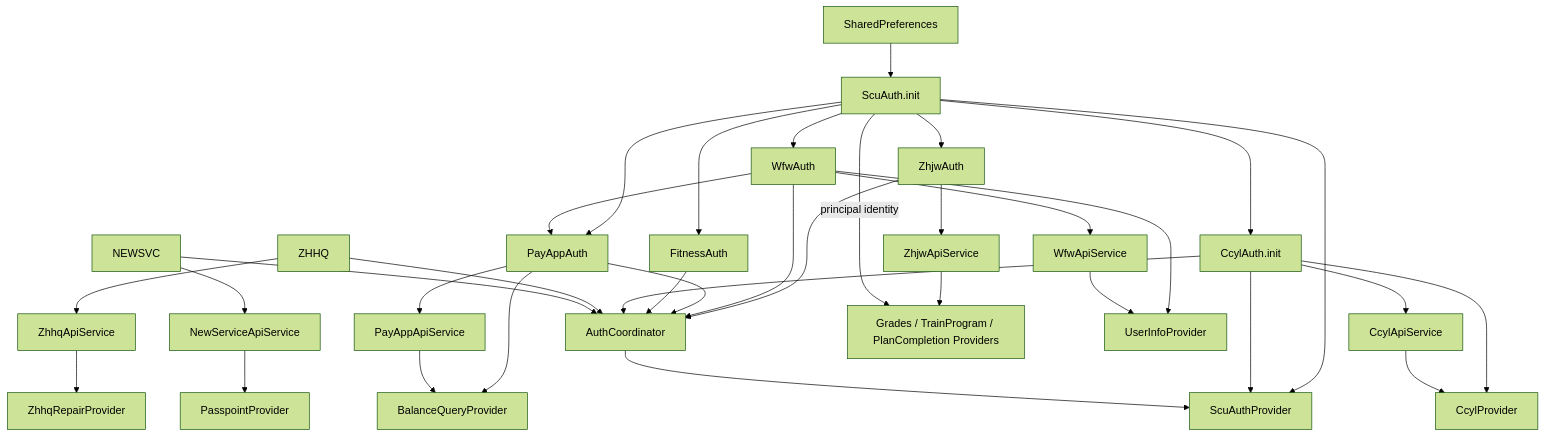
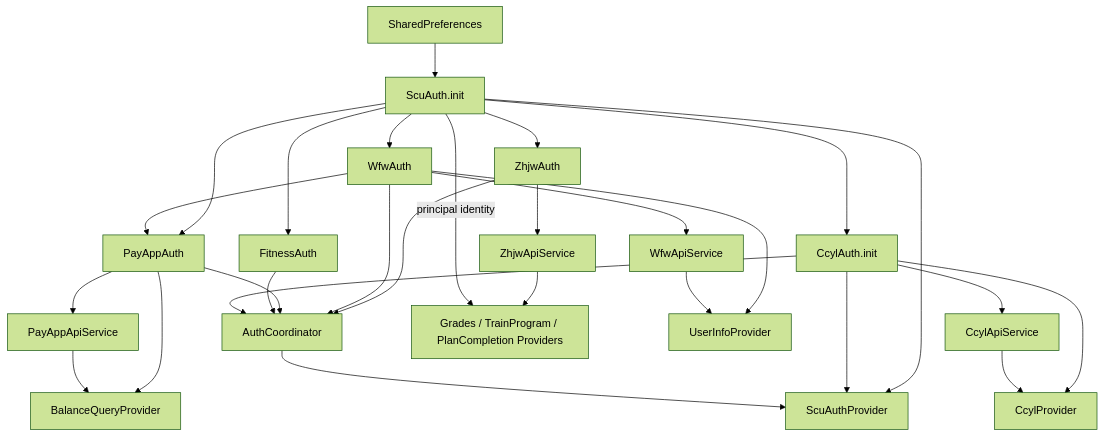
Before and after one commit to The-Brotherhood-of-SCU/Bugaoshan_docs_page: the fifth of 5 diagrams in docs/develop/architecture/authentication.md, drawn with Mermaid (forest theme). The commit also changed other lines of this file and 33 other files, not shown here.

````diff
--- a/docs/develop/architecture/authentication.md
+++ b/docs/develop/architecture/authentication.md
@@ -553,36 +520,30 @@
 ```mermaid
 flowchart TD
     PREFS[SharedPreferences] --> SCU[ScuAuth.init]
     SCU --> ZHJW[ZhjwAuth]
     SCU --> WFW[WfwAuth]
     SCU --> FITNESS[FitnessAuth]
     SCU --> CCYL[CcylAuth.init]
     SCU --> PAYAPP[PayAppAuth]
     WFW --> PAYAPP
     ZHJW --> COORD[AuthCoordinator]
     WFW --> COORD
     PAYAPP --> COORD
     FITNESS --> COORD
     CCYL --> COORD
-    ZHHQ --> COORD
-    NEWSVC --> COORD
     ZHJW --> ZAPI[ZhjwApiService]
     WFW --> WAPI[WfwApiService]
     PAYAPP --> PAPI[PayAppApiService]
     CCYL --> CAPI[CcylApiService]
-    ZHHQ --> ZHAPI[ZhhqApiService]
-    NEWSVC --> NAPI[NewServiceApiService]
     SCU --> SAP[ScuAuthProvider]
     CCYL --> SAP
     COORD --> SAP
     ZAPI --> ZPROVIDERS["Grades / TrainProgram / PlanCompletion Providers"]
     SCU -->|principal identity| ZPROVIDERS
     WFW --> UIP[UserInfoProvider]
     WAPI --> UIP
     PAYAPP --> BQP[BalanceQueryProvider]
     PAPI --> BQP
     CCYL --> CP[CcylProvider]
     CAPI --> CP
-    ZHAPI --> ZRP[ZhhqRepairProvider]
-    NAPI --> PP[PasspointProvider]
 ```
````
